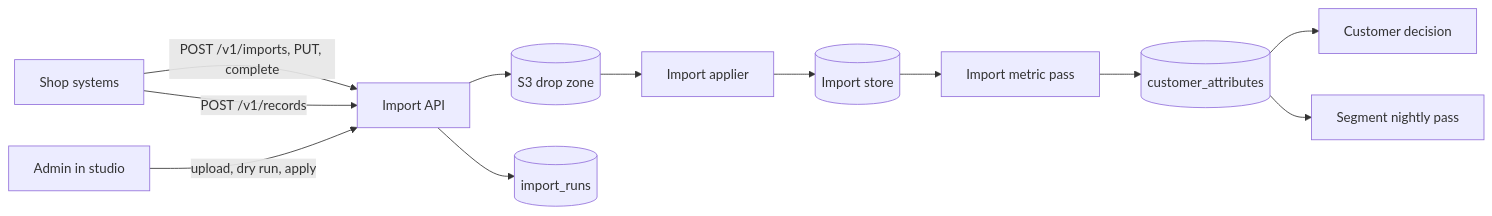
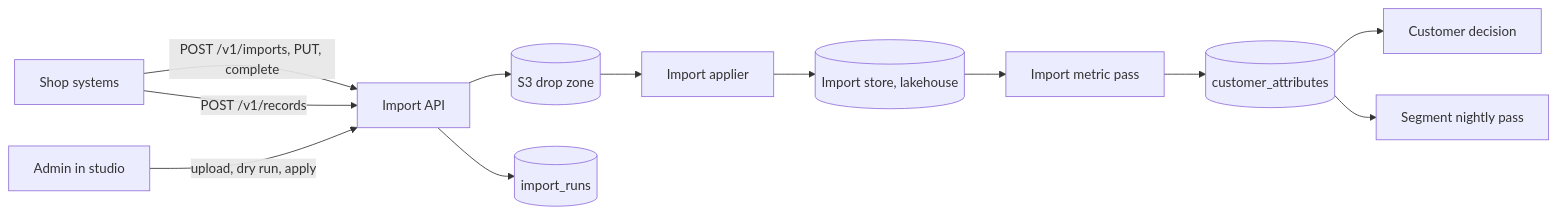
One commit to 18120158binh/salarose changed the diagram in docs/internal/features/data-import.md. Above: the diagram before and after it, drawn with Mermaid. The commit also changed other lines of this file and 35 other files, not shown here.

First line of the commit message:
docs(architecture): storage tiers, Iceberg lakehouse, and state recovery (#99)

````diff
--- a/docs/internal/features/data-import.md
+++ b/docs/internal/features/data-import.md
@@ -77,14 +77,14 @@
 ```mermaid
 flowchart LR
 	shop[Shop systems] -->|POST /v1/imports, PUT, complete| api[Import API]
 	shop -->|POST /v1/records| api
 	admin[Admin in studio] -->|upload, dry run, apply| api
 	api --> drop[(S3 drop zone)]
 	api --> runs[(import_runs)]
 	drop --> applier[Import applier]
-	applier --> store[(Import store)]
+	applier --> store[(Import store, lakehouse)]
 	store --> pass[Import metric pass]
 	pass --> attrs[(customer_attributes)]
 	attrs --> decision[Customer decision]
 	attrs --> segpass[Segment nightly pass]
 ```
````
